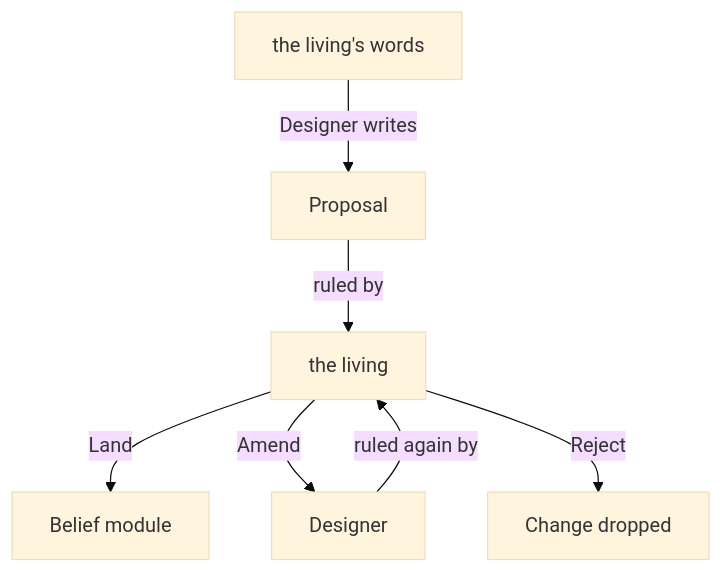
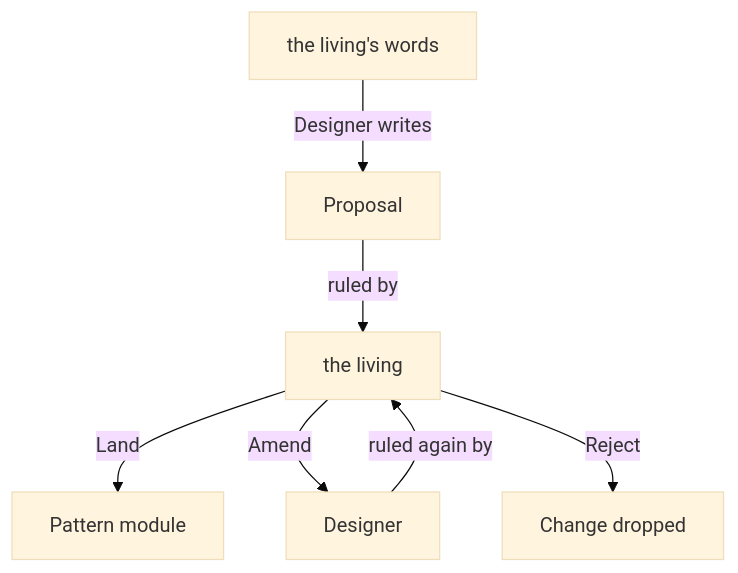
One commit to LiGoldragon/psyche-belief changed the diagram in vision/proposal/1.md. Above: the diagram before and after it, drawn with Mermaid (base theme). The commit also changed 15 other files, not shown here.

First line of the commit message:
vision: belief becomes pattern, throughout (the living's word)

````diff
--- a/vision/proposal/1.md
+++ b/vision/proposal/1.md
@@ -29,9 +29,9 @@
 ```mermaid
 flowchart TB
     w["the living's words"] -- "Designer writes" --> p["Proposal"]
     p -- "ruled by" --> l["the living"]
-    l -- "Land" --> a["Belief module"]
+    l -- "Land" --> a["Pattern module"]
     l -- "Amend" --> r["Designer"]
     r -- "ruled again by" --> l
     l -- "Reject" --> d["Change dropped"]
 ```
````
